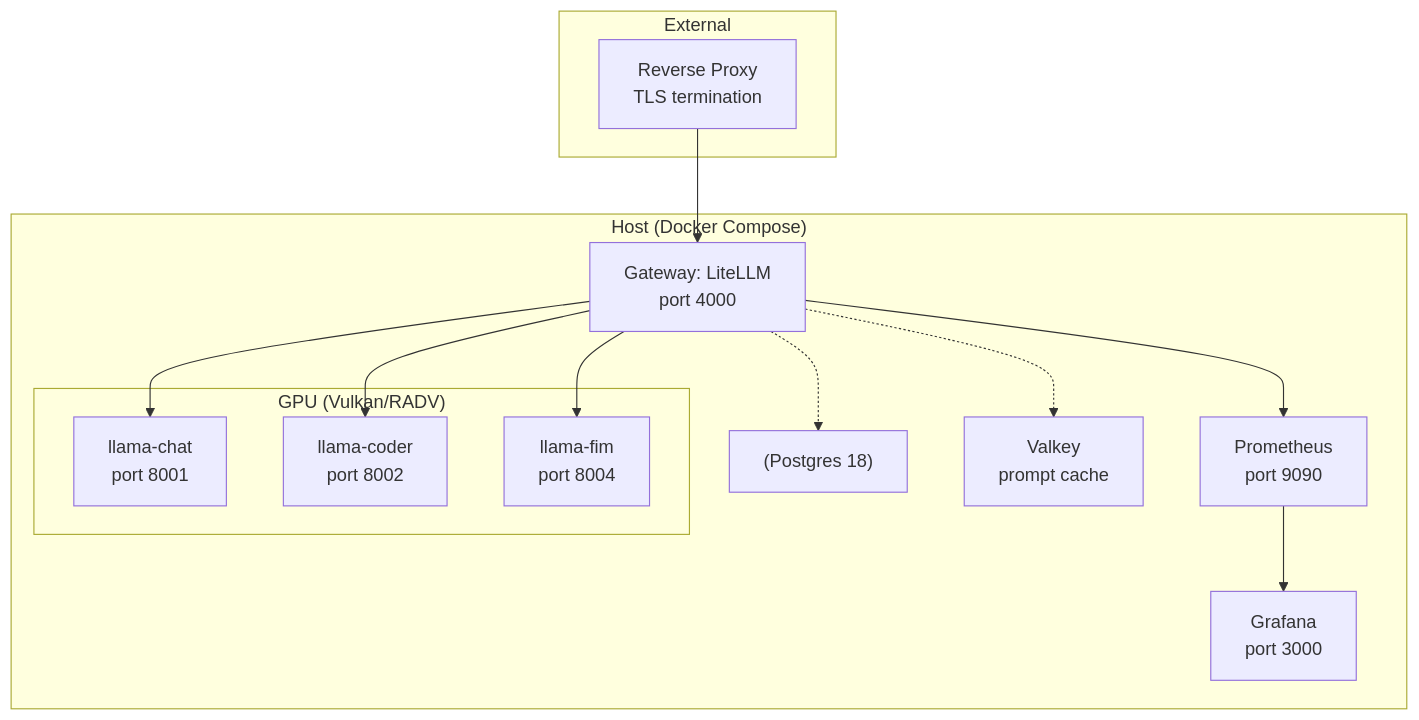
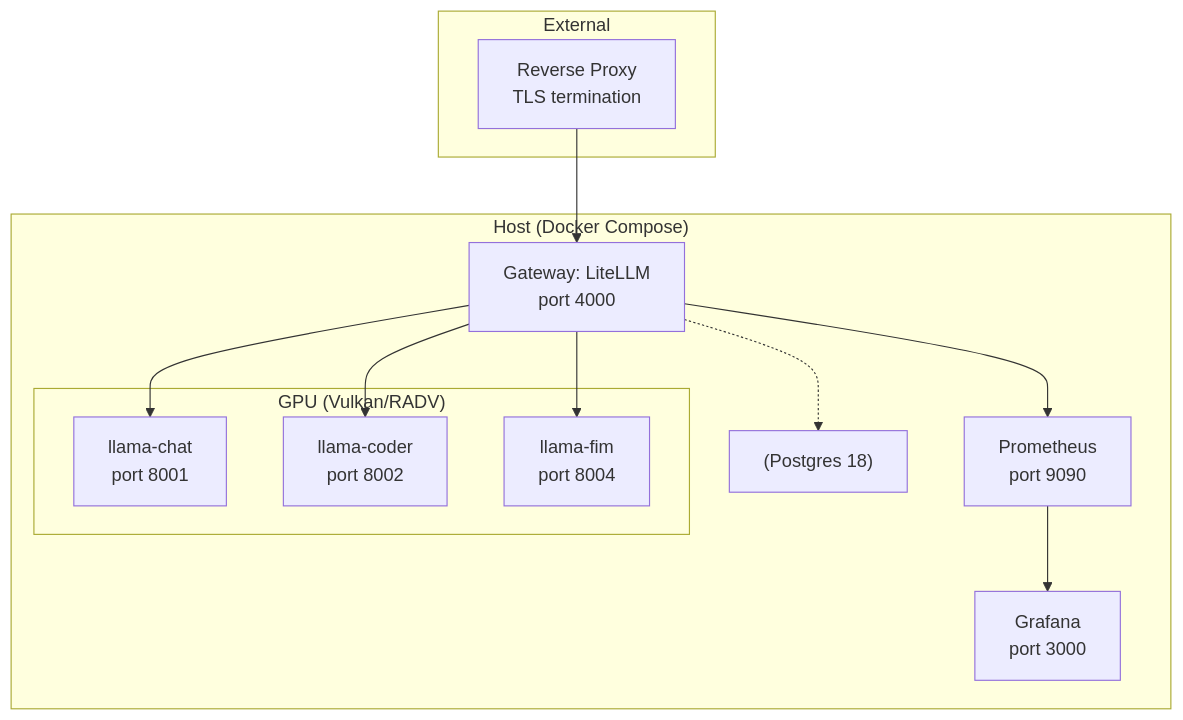
One commit to hgnnmnn/ai-stack changed the diagram in README.md. Above: the diagram before and after it, drawn with Mermaid. The commit also changed other lines of this file and 3 other files, not shown here.

````diff
--- a/README.md
+++ b/README.md
@@ -13,32 +13,30 @@
 ```mermaid
 graph TD
     subgraph "External"
         RP["Reverse Proxy\nTLS termination"]
     end
 
     subgraph "Host (Docker Compose)"
         GW["Gateway: LiteLLM\nport 4000"]
         PG["(Postgres 18)"]
-        VK["Valkey\nprompt cache"]
         L1["llama-chat\nport 8001"]
         L2["llama-coder\nport 8002"]
         L3["llama-fim\nport 8004"]
         PM["Prometheus\nport 9090"]
         GF["Grafana\nport 3000"]
 
         subgraph "GPU (Vulkan/RADV)"
             L1
             L2
             L3
         end
     end
 
     RP --> GW
     GW --> L1
     GW --> L2
     GW --> L3
     GW -.-> PG
-    GW -.-> VK
     GW --> PM
     PM --> GF
 ```
````
